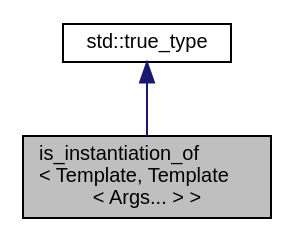
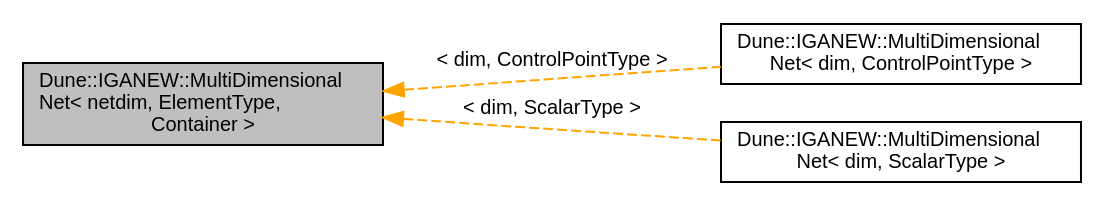
One commit to rath3t/dune-iga-doc changed the diagram in d4/dc6/a01793.dot. Above: the diagram before and after it, drawn with Graphviz. The commit also changed 779 other files, not shown here.

```diff
--- a/d4/dc6/a01793.dot
+++ b/d4/dc6/a01793.dot
@@ -1,9 +1,12 @@
-digraph "is_instantiation_of&lt; Template, Template&lt; Args... &gt; &gt;"
+digraph "Dune::IGANEW::MultiDimensionalNet&lt; netdim, ElementType, Container &gt;"
 {
  // LATEX_PDF_SIZE
   edge [fontname="Helvetica",fontsize="10",labelfontname="Helvetica",labelfontsize="10"];
   node [fontname="Helvetica",fontsize="10",shape=record];
-  Node1 [label="is_instantiation_of\l\< Template, Template\l\< Args... \> \>",height=0.2,width=0.4,color="black", fillcolor="grey75", style="filled", fontcolor="black",tooltip=" "];
-  Node2 -> Node1 [dir="back",color="midnightblue",fontsize="10",style="solid",fontname="Helvetica"];
-  Node2 [label="std::true_type",height=0.2,width=0.4,color="black", fillcolor="white", style="filled",tooltip=" "];
+  rankdir="LR";
+  Node1 [label="Dune::IGANEW::MultiDimensional\lNet\< netdim, ElementType,\l Container \>",height=0.2,width=0.4,color="black", fillcolor="grey75", style="filled", fontcolor="black",tooltip="This is a condensed version of the proposal https://www.open-std.org/jtc1/sc22/wg21/docs/papers/2022/..."];
+  Node1 -> Node2 [dir="back",color="orange",fontsize="10",style="dashed",label=" \< dim, ControlPointType \>" ,fontname="Helvetica"];
+  Node2 [label="Dune::IGANEW::MultiDimensional\lNet\< dim, ControlPointType \>",height=0.2,width=0.4,color="black", fillcolor="white", style="filled",URL="$d5/dec/a01794.html",tooltip=" "];
+  Node1 -> Node3 [dir="back",color="orange",fontsize="10",style="dashed",label=" \< dim, ScalarType \>" ,fontname="Helvetica"];
+  Node3 [label="Dune::IGANEW::MultiDimensional\lNet\< dim, ScalarType \>",height=0.2,width=0.4,color="black", fillcolor="white", style="filled",URL="$d5/dec/a01794.html",tooltip=" "];
 }
```
